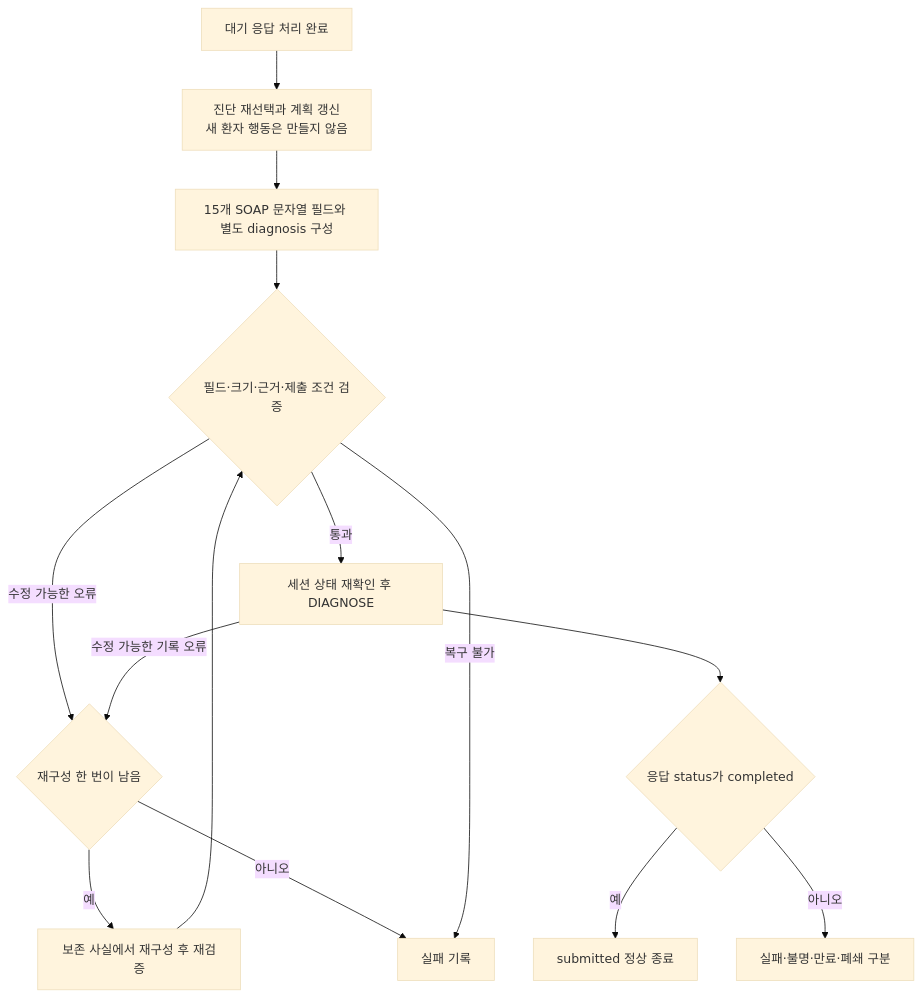
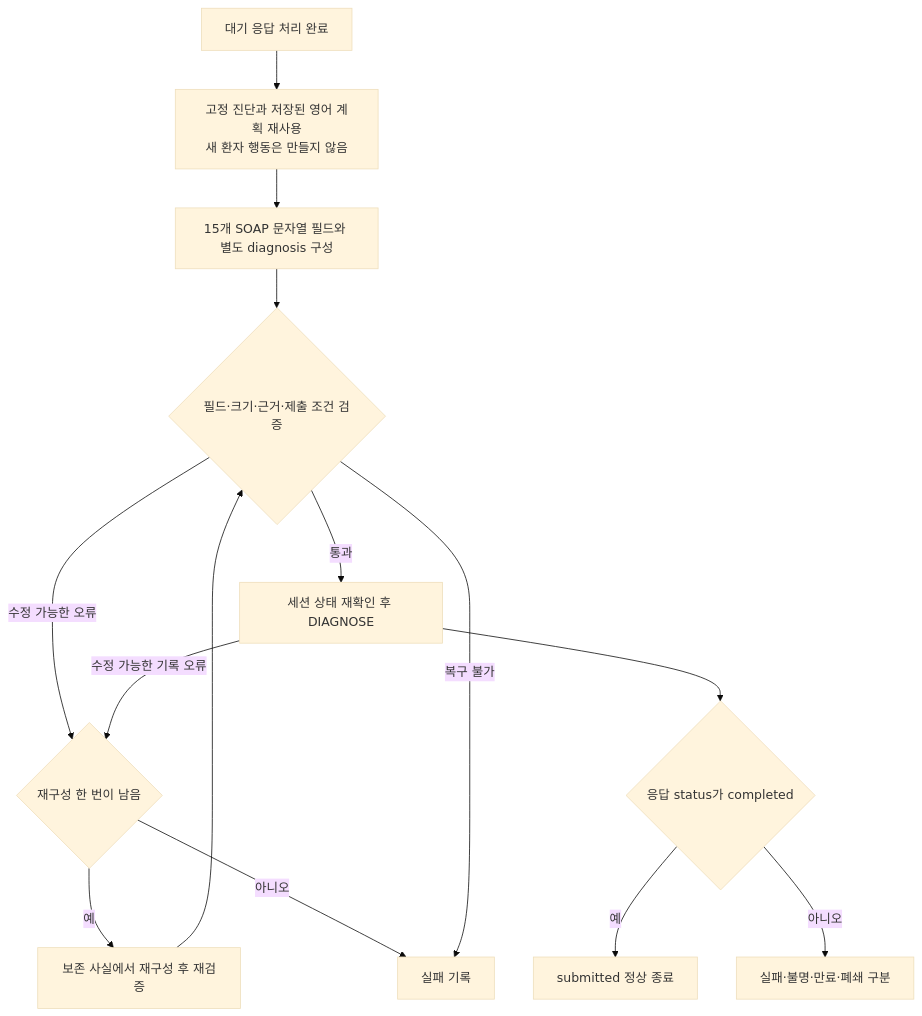
Before and after one commit to devRestain/Ontoward: the seventh of 12 diagrams in submission/README.md, drawn with Mermaid (base theme). The commit also changed other lines of this file and 65 other files, not shown here.

````diff
--- a/submission/README.md
+++ b/submission/README.md
@@ -230,16 +236,16 @@
 ```mermaid
 flowchart TD
-    F0["대기 응답 처리 완료"] --> F1["진단 재선택과 계획 갱신<br/>새 환자 행동은 만들지 않음"]
+    F0["대기 응답 처리 완료"] --> F1["고정 진단과 저장된 영어 계획 재사용<br/>새 환자 행동은 만들지 않음"]
     F1 --> F2["15개 SOAP 문자열 필드와 별도 diagnosis 구성"]
     F2 --> F3{"필드·크기·근거·제출 조건 검증"}
     F3 -->|통과| F4["세션 상태 재확인 후 DIAGNOSE"]
     F3 -->|수정 가능한 오류| F5{"재구성 한 번이 남음"}
     F4 -->|수정 가능한 기록 오류| F5
     F5 -->|예| F6["보존 사실에서 재구성 후 재검증"]
     F6 --> F3
     F5 -->|아니오| F8["실패 기록"]
     F3 -->|복구 불가| F8
     F4 --> F7{"응답 status가 completed"}
     F7 -->|예| F9["submitted 정상 종료"]
     F7 -->|아니오| F10["실패·불명·만료·폐쇄 구분"]
 ```
````
